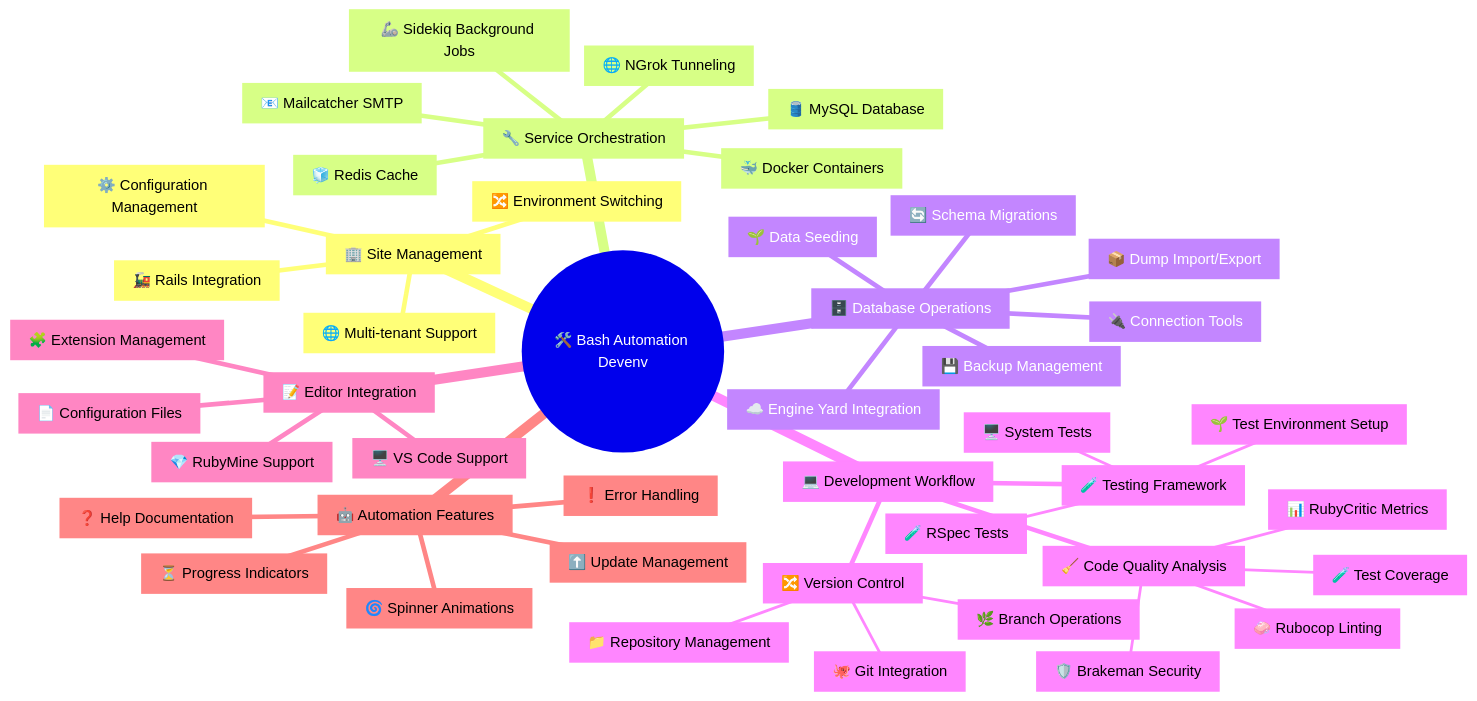
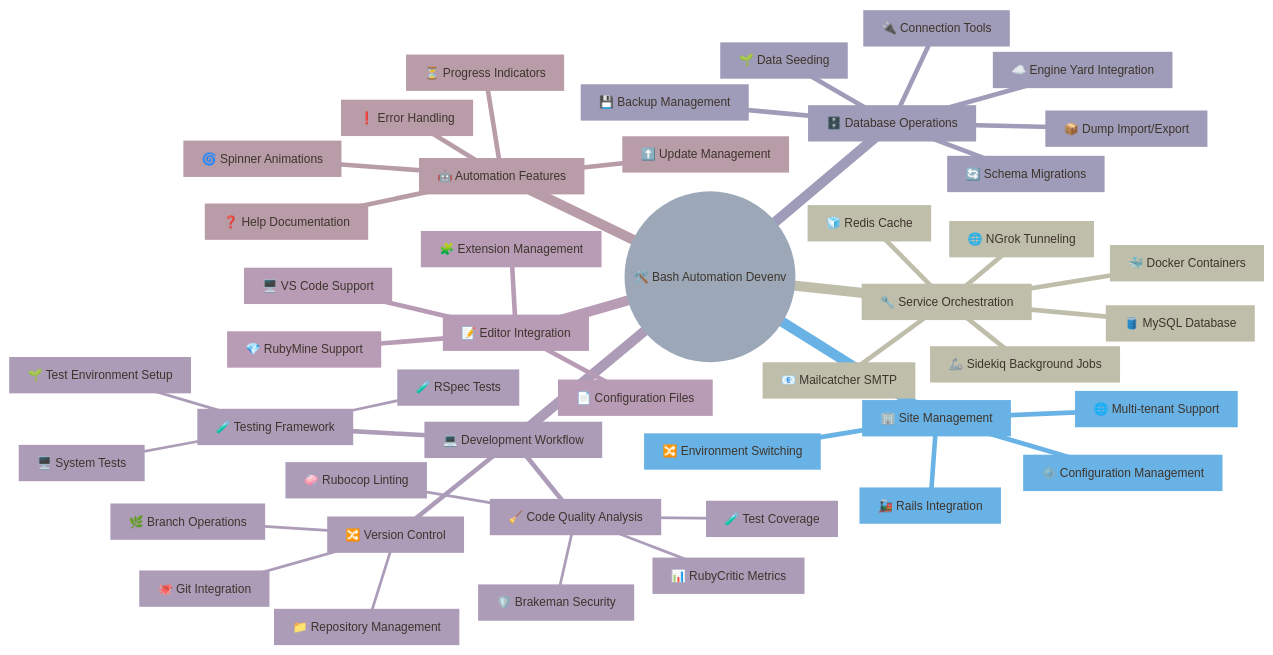
One commit to enogrob/project-automation-devenv changed the fourth of 4 diagrams in README.md. Above: the diagram before and after it, drawn with Mermaid. The commit also changed other lines of this file, not shown here.

````diff
--- a/README.md
+++ b/README.md
@@ -182,48 +187,49 @@
 ```mermaid
+%%{init: {"theme": "base", "themeVariables": {"fontSize": "13px", "primaryColor": "#E6E9ED", "primaryBorderColor": "#657180", "primaryTextColor": "#3E342C", "lineColor": "#64748B", "secondaryColor": "#D6EAF8", "tertiaryColor": "#F5F5F2"}}}%%
 mindmap
   root((🛠️ Bash Automation Devenv))
     Site_Management[🏢 Site Management]
       MultiTenant[🌐 Multi-tenant Support]
       EnvSwitch[🔀 Environment Switching]
       ConfigMgmt[⚙️ Configuration Management]
       RailsInt[🚂 Rails Integration]
     Service_Orch[🔧 Service Orchestration]
       MySQL[🛢️ MySQL Database]
       Redis[🧊 Redis Cache]
       Mailcatcher[📧 Mailcatcher SMTP]
       Sidekiq[🦾 Sidekiq Background Jobs]
       NGrok[🌐 NGrok Tunneling]
       Docker[🐳 Docker Containers]
     Database_Ops[🗄️ Database Operations]
       SchemaMig[🔄 Schema Migrations]
       DataSeed[🌱 Data Seeding]
       Backup[💾 Backup Management]
       Dump[📦 Dump Import/Export]
       ConnTools[🔌 Connection Tools]
       EYard[☁️ Engine Yard Integration]
     Dev_Workflow[💻 Development Workflow]
       CodeQual[🧹 Code Quality Analysis]
         Rubocop[🧼 Rubocop Linting]
         Brakeman[🛡️ Brakeman Security]
         RubyCritic[📊 RubyCritic Metrics]
         TestCov[🧪 Test Coverage]
       TestFW[🧪 Testing Framework]
         RSpec[🧪 RSpec Tests]
         SysTest[🖥️ System Tests]
         TestEnv[🌱 Test Environment Setup]
       VCS[🔀 Version Control]
         GitInt[🐙 Git Integration]
         RepoMgmt[📁 Repository Management]
         BranchOps[🌿 Branch Operations]
     EditorInt[📝 Editor Integration]
       VSCode[🖥️ VS Code Support]
       RubyMine[💎 RubyMine Support]
       ConfigFiles[📄 Configuration Files]
       ExtMgmt[🧩 Extension Management]
     Automation[🤖 Automation Features]
       Progress[⏳ Progress Indicators]
       Spinner[🌀 Spinner Animations]
       Error[❗ Error Handling]
       Help[❓ Help Documentation]
       Update[⬆️ Update Management]
 ```
````
